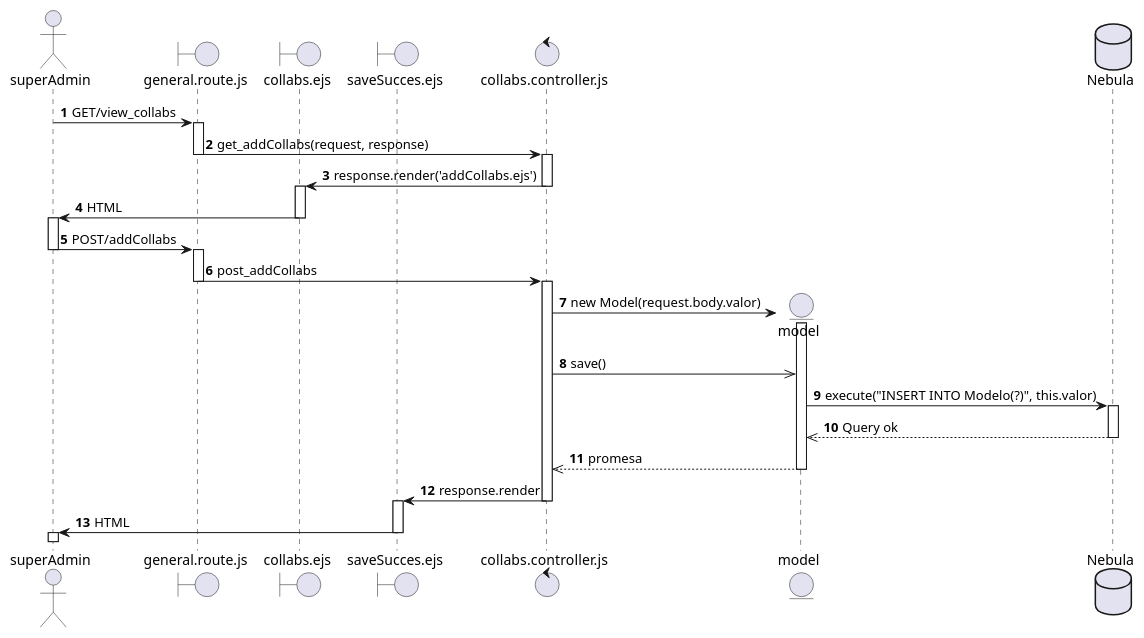
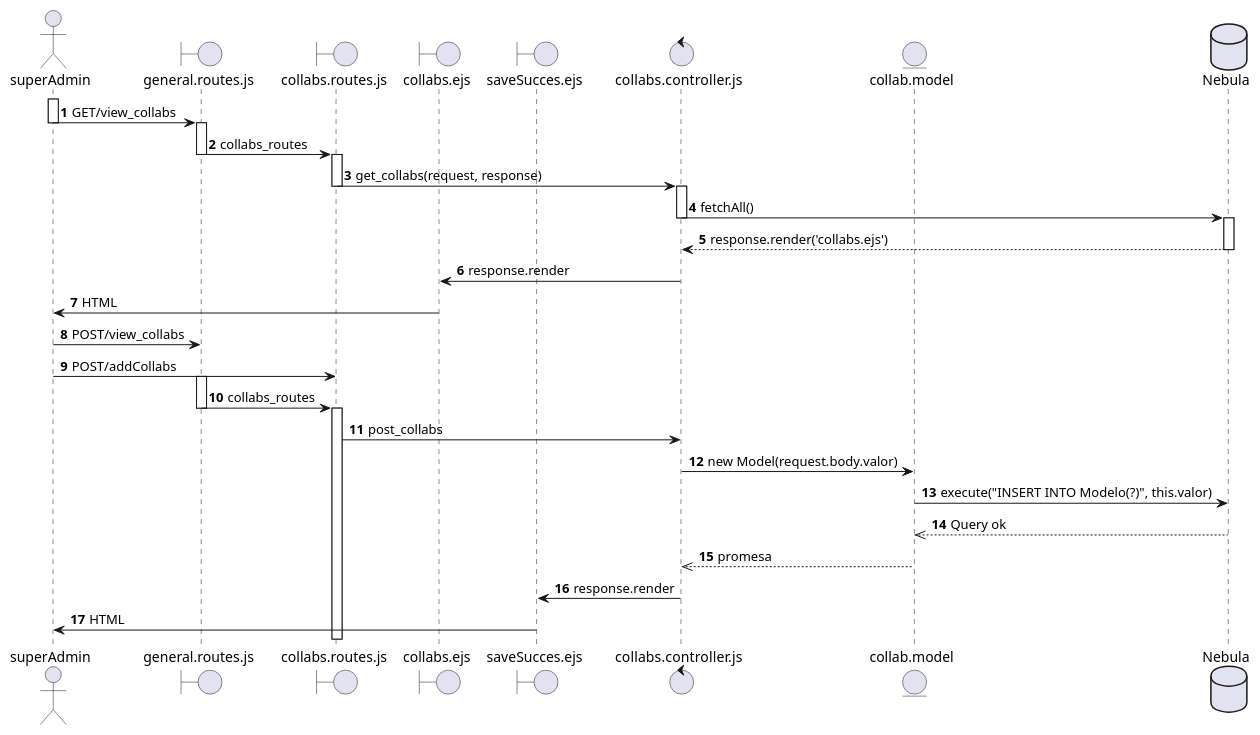
One commit to SALV19/Nebula_tc2005b changed the diagram in diagramas_secuencia/superadmin_registers_collabs.puml. Above: the diagram before and after it, drawn with PlantUML.

Commit message:
[UPDATE] sequence diagram

```diff
--- a/diagramas_secuencia/superadmin_registers_collabs.puml
+++ b/diagramas_secuencia/superadmin_registers_collabs.puml
@@ -1,58 +1,70 @@
 @startuml REQ-29
 autonumber
 actor superAdmin
-boundary general.route.js as collabsRoute
+boundary general.routes.js as generalRoute
+boundary collabs.routes.js as collabsRoute
+
 boundary collabs.ejs as CollabsView
 boundary saveSucces.ejs as saveSucces
 control collabs.controller.js as collabsController
+entity collab.model as collabModel
+database Nebula as nebula
 
-superAdmin -> collabsRoute : GET/view_collabs
+activate superAdmin
+superAdmin -> generalRoute : GET/view_collabs
+deactivate superAdmin
+activate generalRoute
+
+generalRoute -> collabsRoute: collabs_routes
+deactivate generalRoute
 activate collabsRoute
 
-collabsRoute -> collabsController: get_addCollabs(request, response)
+collabsRoute -> collabsController: get_collabs(request, response)
 deactivate collabsRoute
 activate collabsController
 
-collabsController -> CollabsView: response.render('addCollabs.ejs')
+collabsController -> nebula: fetchAll()
 deactivate collabsController
-activate CollabsView
+activate nebula
+
+nebula --> collabsController: response.render('collabs.ejs')
+deactivate nebula
+
+collabsController -> CollabsView: response.render
 
 CollabsView -> superAdmin: HTML
-deactivate CollabsView
-activate superAdmin
+
+superAdmin -> generalRoute : POST/view_collabs
 
 superAdmin -> collabsRoute: POST/addCollabs
 deactivate superAdmin
+activate generalRoute
+
+generalRoute -> collabsRoute: collabs_routes
+deactivate generalRoute
 activate collabsRoute
 
-collabsRoute -> collabsController: post_addCollabs
-deactivate collabsRoute
-activate collabsController
+collabsRoute -> collabsController: post_collabs
 
-create entity model
-collabsController -> model: new Model(request.body.valor)
-activate model
+collabsController -> collabModel: new Model(request.body.valor)
+' activate collabModel
 
-collabsController ->> model: save()
+collabModel -> nebula: execute("INSERT INTO Modelo(?)", this.valor)
+' activate nebula
 
-database Nebula as nebula
+nebula -->> collabModel: Query ok
+' deactivate nebula
 
-model -> nebula: execute("INSERT INTO Modelo(?)", this.valor)
-activate nebula
-
-nebula -->> model: Query ok
-deactivate nebula
-
-model -->> collabsController: promesa
-deactivate model
+collabModel -->> collabsController: promesa
+' deactivate collabModel
 
 collabsController -> saveSucces: response.render
-deactivate collabsController
-activate saveSucces
+' deactivate collabsController
+' activate saveSucces
 
 saveSucces -> superAdmin: HTML
-deactivate saveSucces
-activate superAdmin
-deactivate superAdmin
+' deactivate saveSucces
+' activate superAdmin
+' deactivate superAdmin
 
 @enduml
```
